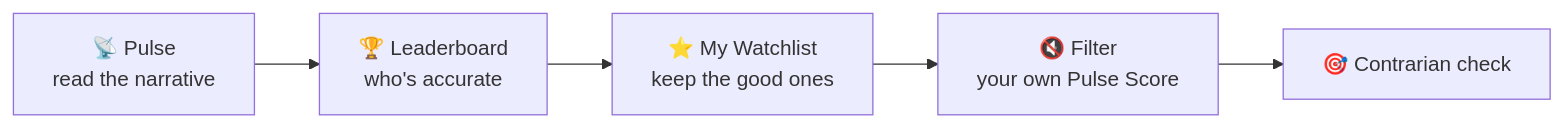
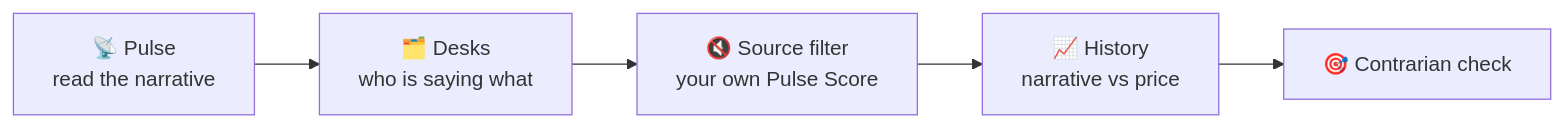
Before and after one commit to formionai/docs: the diagram in usecase-follow-voices.md, drawn with Mermaid. The commit also changed other lines of this file and 47 other files, not shown here.

````diff
--- a/usecase-follow-voices.md
+++ b/usecase-follow-voices.md
@@ -9,7 +9,7 @@
 ```mermaid
 flowchart LR
-  P["📡 Pulse<br/>read the narrative"] --> L["🏆 Leaderboard<br/>who's accurate"]
-  L --> W["⭐ My Watchlist<br/>keep the good ones"]
-  W --> F["🔇 Filter<br/>your own Pulse Score"]
-  F --> C["🎯 Contrarian check"]
+  P["📡 Pulse<br/>read the narrative"] --> D["🗂️ Desks<br/>who is saying what"]
+  D --> F["🔇 Source filter<br/>your own Pulse Score"]
+  F --> H["📈 History<br/>narrative vs price"]
+  H --> C["🎯 Contrarian check"]
 ```
````
